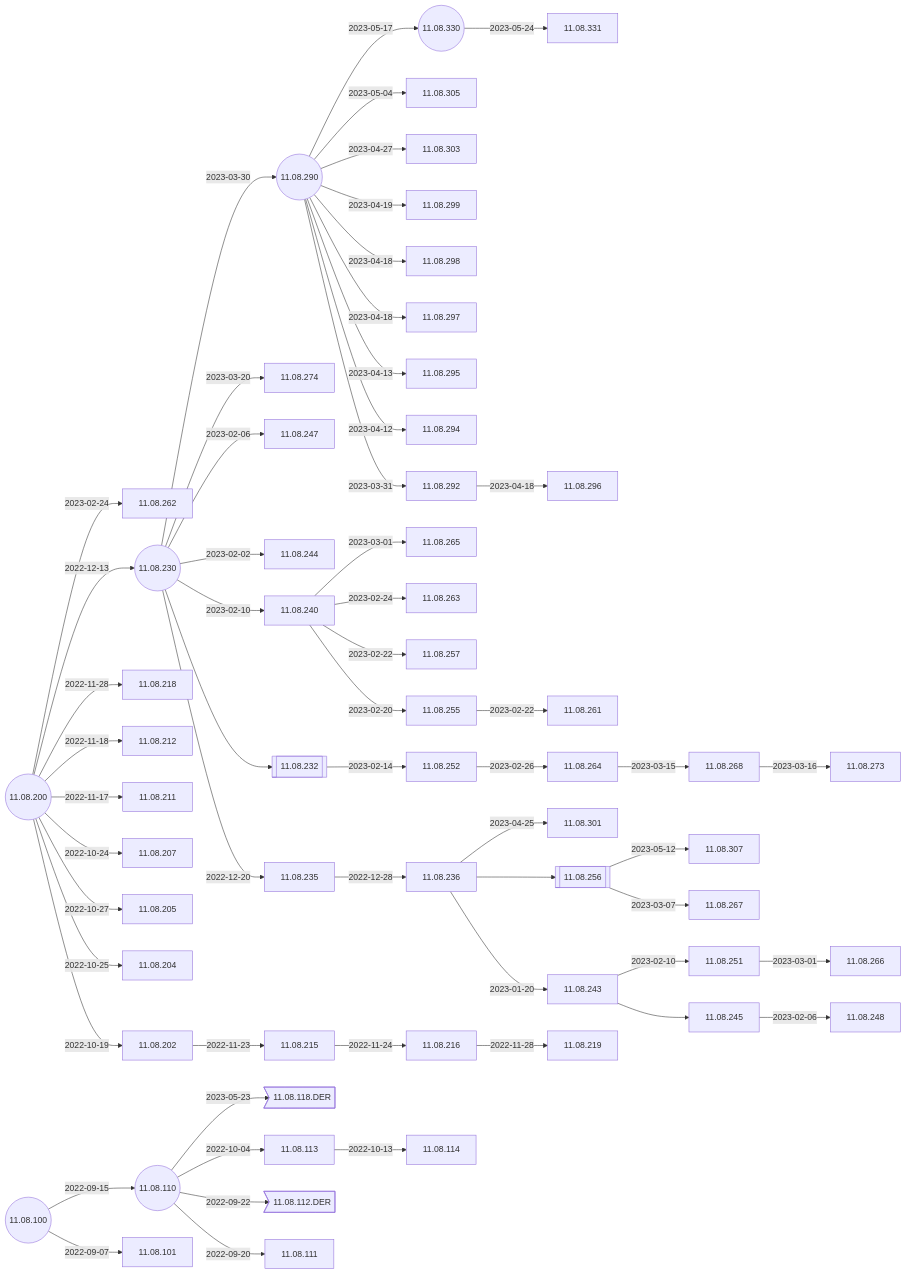
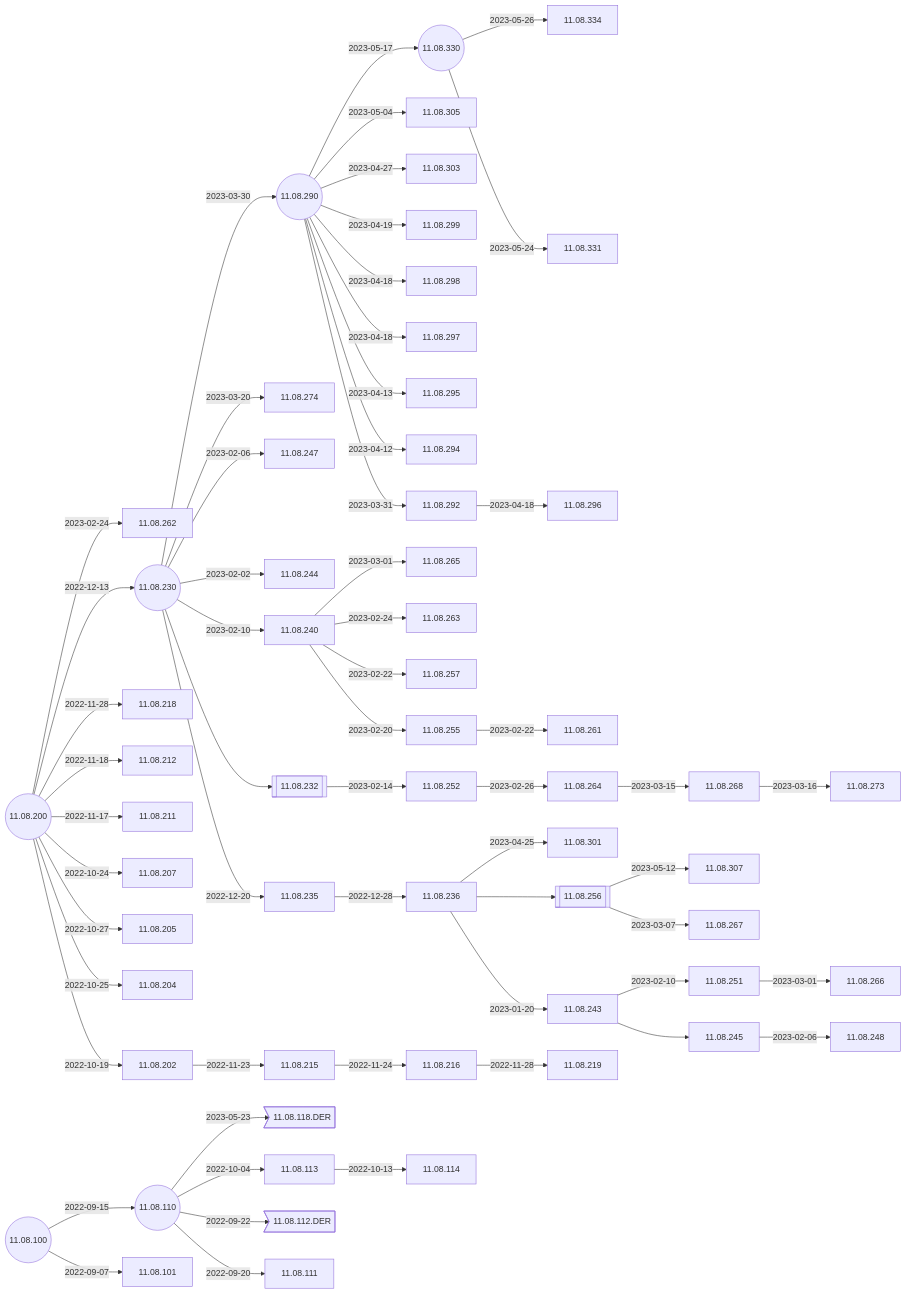
Before and after one commit to IGEL-Community/IGEL-Docs-v02: the second of 4 diagrams in docs/Docs/ReleaseNotes/01-OS11/README.md, drawn with Mermaid. The commit also changed 2 other files, not shown here.

Commit message:
11.08.334 <- 11.08.330

````diff
--- a/docs/Docs/ReleaseNotes/01-OS11/README.md
+++ b/docs/Docs/ReleaseNotes/01-OS11/README.md
@@ -39,5 +39,6 @@
 ```mermaid
 flowchart LR
+    11.08.330-- 2023-05-26 -->11.08.334
     11.08.330-- 2023-05-24 -->11.08.331
     11.08.110-- 2023-05-23 -->11.08.118.DER>11.08.118.DER]
     11.08.290-- 2023-05-17 -->11.08.330((11.08.330))
@@ -78,6 +79,7 @@
     11.08.110((11.08.110))-- 2022-09-22 -->11.08.112.DER>11.08.112.DER]
     11.08.100-- 2022-09-15 -->11.08.110-- 2022-09-20 -->11.08.111
     11.08.100((11.08.100))-- 2022-09-07 -->11.08.101
+    click 11.08.334 "https://github.com/IGEL-Community/IGEL-Docs-v02/tree/main/docs/Docs/ReleaseNotes/01-OS11/readme11.08.334.txt" _blank
     click 11.08.331 "https://github.com/IGEL-Community/IGEL-Docs-v02/tree/main/docs/Docs/ReleaseNotes/01-OS11/readme11.08.331.txt" _blank
     click 11.08.118.DER "https://github.com/IGEL-Community/IGEL-Docs-v02/tree/main/docs/Docs/ReleaseNotes/01-OS11/readme11.08.118.DER.txt" _blank
     click 11.08.330 "https://github.com/IGEL-Community/IGEL-Docs-v02/tree/main/docs/Docs/ReleaseNotes/01-OS11/readme11.08.330.txt" _blank
````
